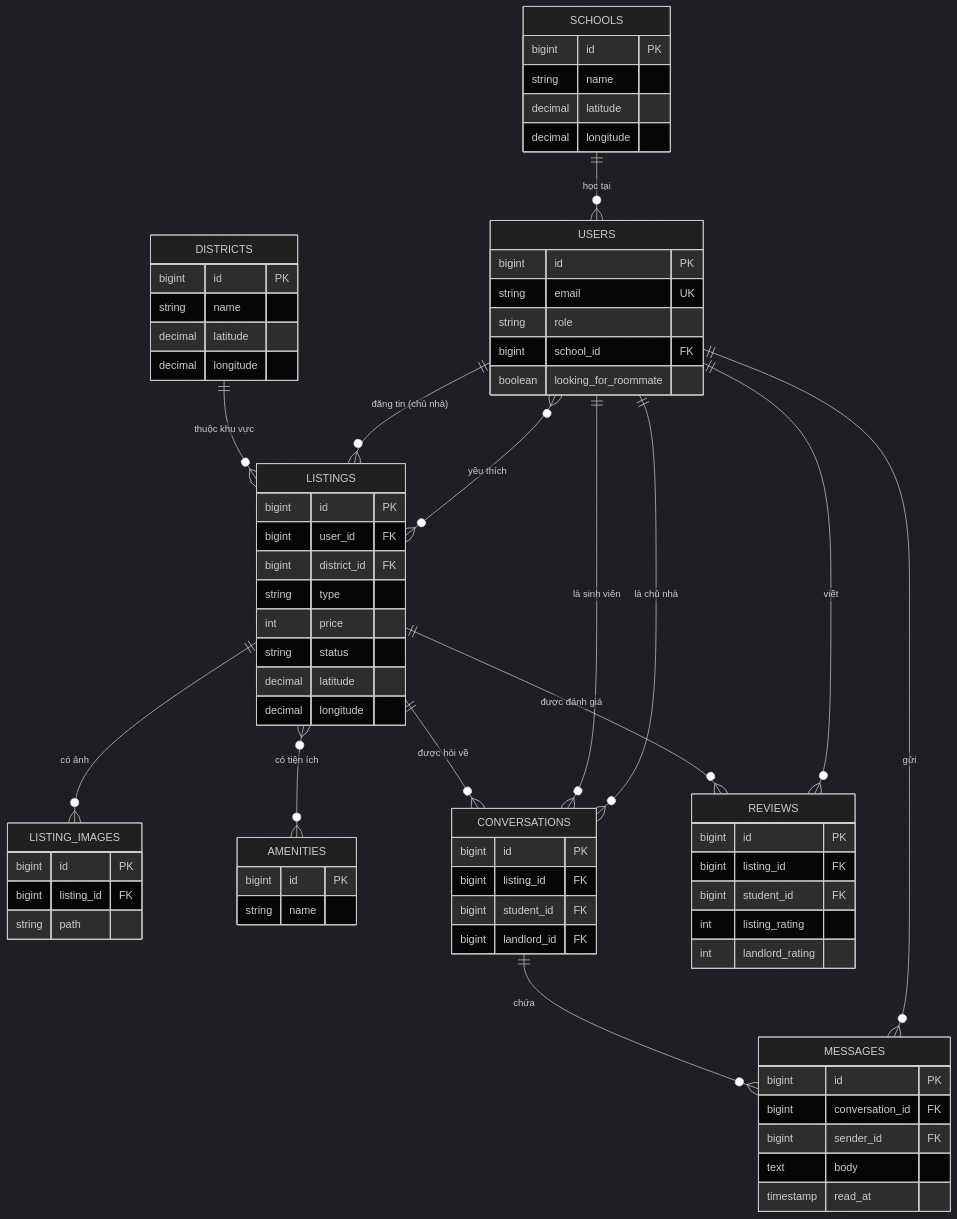
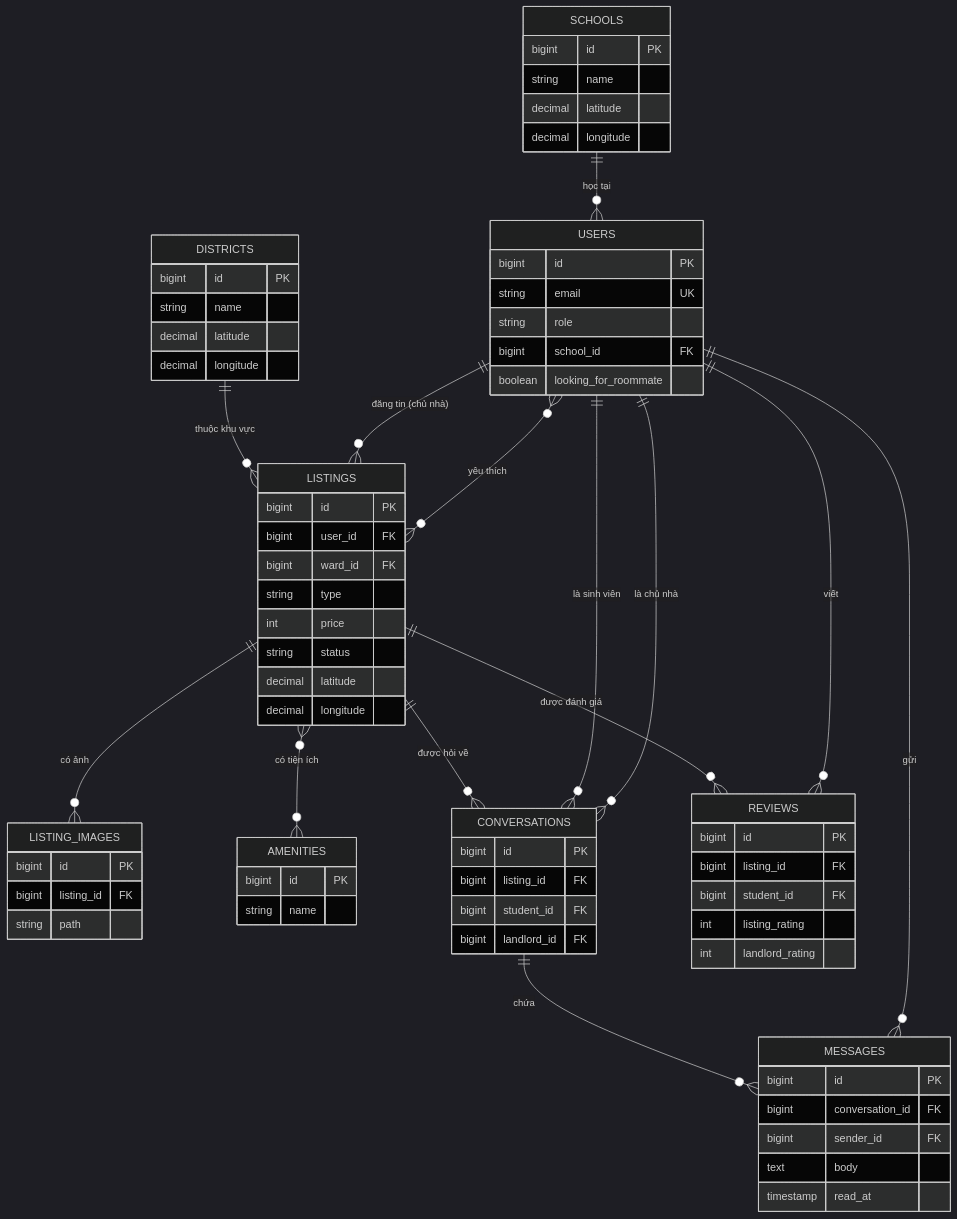
Before and after one commit to 52400067/rental-house-platform: the diagram in docs/ERD.md, drawn with Mermaid (dark theme). The commit also changed other lines of this file and 30 other files, not shown here.

First line of the commit message:
refactor!: đổi district thành ward theo chính quyền địa phương 2 cấp

````diff
--- a/docs/ERD.md
+++ b/docs/ERD.md
@@ -16,75 +16,75 @@
 ```mermaid
 erDiagram
     SCHOOLS ||--o{ USERS : "học tại"
     DISTRICTS ||--o{ LISTINGS : "thuộc khu vực"
     USERS ||--o{ LISTINGS : "đăng tin (chủ nhà)"
     LISTINGS ||--o{ LISTING_IMAGES : "có ảnh"
     LISTINGS }o--o{ AMENITIES : "có tiện ích"
     USERS }o--o{ LISTINGS : "yêu thích"
     LISTINGS ||--o{ CONVERSATIONS : "được hỏi về"
     USERS ||--o{ CONVERSATIONS : "là sinh viên"
     USERS ||--o{ CONVERSATIONS : "là chủ nhà"
     CONVERSATIONS ||--o{ MESSAGES : "chứa"
     USERS ||--o{ MESSAGES : "gửi"
     LISTINGS ||--o{ REVIEWS : "được đánh giá"
     USERS ||--o{ REVIEWS : "viết"
 
     USERS {
         bigint id PK
         string email UK
         string role
         bigint school_id FK
         boolean looking_for_roommate
     }
     SCHOOLS {
         bigint id PK
         string name
         decimal latitude
         decimal longitude
     }
     DISTRICTS {
         bigint id PK
         string name
         decimal latitude
         decimal longitude
     }
     AMENITIES {
         bigint id PK
         string name
     }
     LISTINGS {
         bigint id PK
         bigint user_id FK
-        bigint district_id FK
+        bigint ward_id FK
         string type
         int price
         string status
         decimal latitude
         decimal longitude
     }
     LISTING_IMAGES {
         bigint id PK
         bigint listing_id FK
         string path
     }
     CONVERSATIONS {
         bigint id PK
         bigint listing_id FK
         bigint student_id FK
         bigint landlord_id FK
     }
     MESSAGES {
         bigint id PK
         bigint conversation_id FK
         bigint sender_id FK
         text body
         timestamp read_at
     }
     REVIEWS {
         bigint id PK
         bigint listing_id FK
         bigint student_id FK
         int listing_rating
         int landlord_rating
     }
 ```
````
